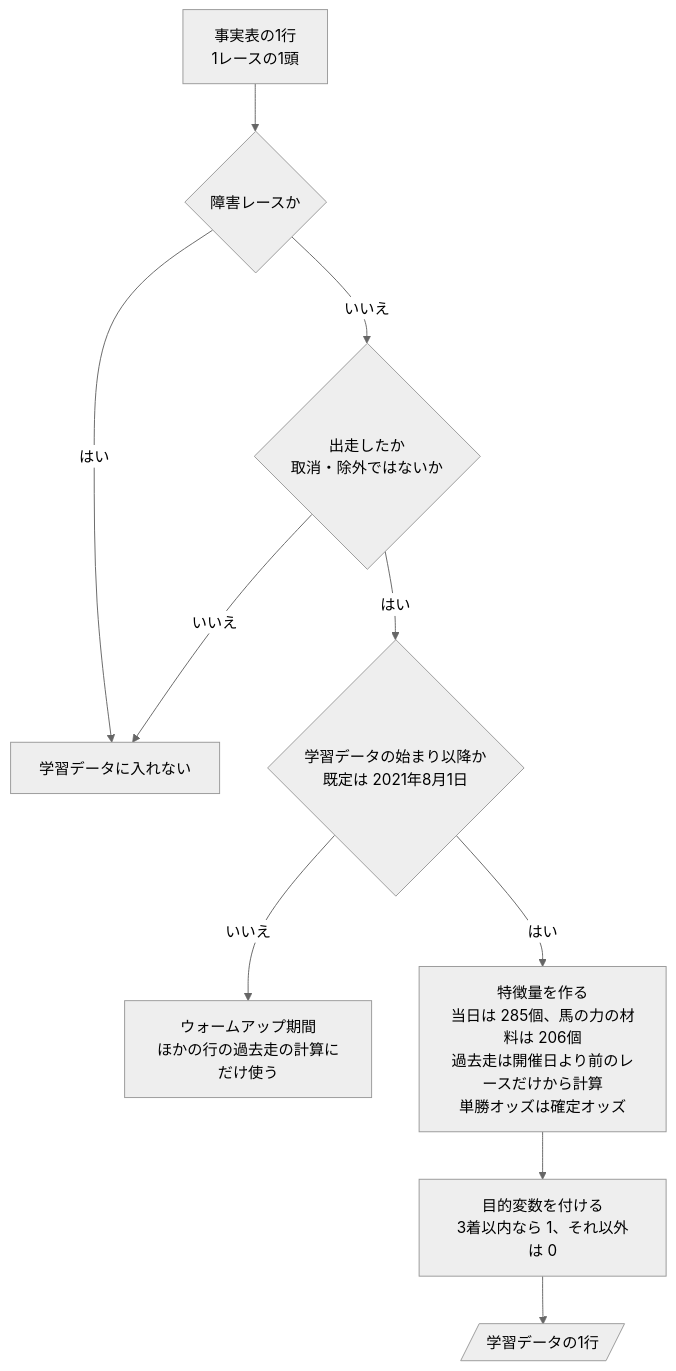
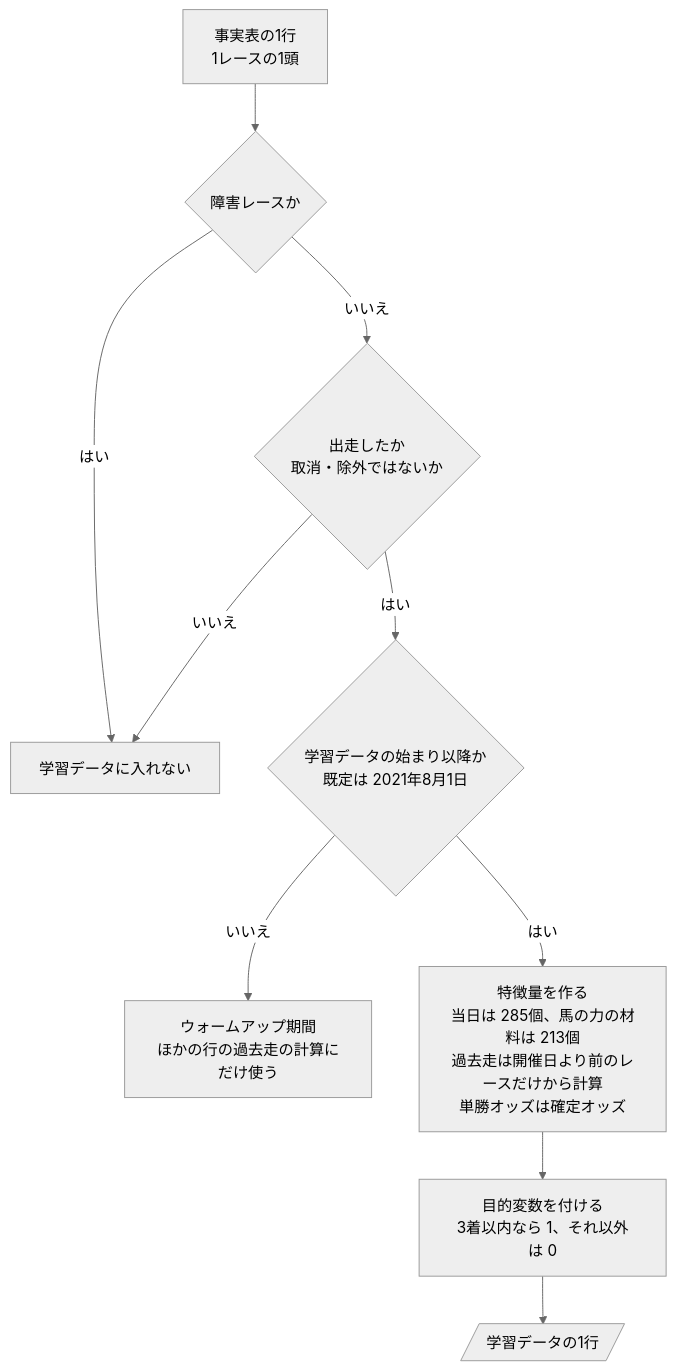
One commit to ht-0328/keiba-yosou changed the first of 3 diagrams in docs/design/近走と適性から3着以内を予想/06-flowchart.md. Above: the diagram before and after it, drawn with Mermaid (neutral theme). The commit also changed 11 other files, not shown here.

````diff
--- a/docs/design/近走と適性から3着以内を予想/06-flowchart.md
+++ b/docs/design/近走と適性から3着以内を予想/06-flowchart.md
@@ -26,12 +26,12 @@
 ```mermaid
 flowchart TD
     S["事実表の1行<br>1レースの1頭"] --> Q1{"障害レースか"}
     Q1 -->|はい| X["学習データに入れない"]
     Q1 -->|いいえ| Q2{"出走したか<br>取消・除外ではないか"}
     Q2 -->|いいえ| X
     Q2 -->|はい| Q3{"学習データの始まり以降か<br>既定は 2021年8月1日"}
     Q3 -->|いいえ| W["ウォームアップ期間<br>ほかの行の過去走の計算にだけ使う"]
-    Q3 -->|はい| F["特徴量を作る<br>当日は 285個、馬の力の材料は 206個<br>過去走は開催日より前のレースだけから計算<br>単勝オッズは確定オッズ"]
+    Q3 -->|はい| F["特徴量を作る<br>当日は 285個、馬の力の材料は 213個<br>過去走は開催日より前のレースだけから計算<br>単勝オッズは確定オッズ"]
     F --> T["目的変数を付ける<br>3着以内なら 1、それ以外は 0"]
     T --> R[/"学習データの1行"/]
 ```
````
